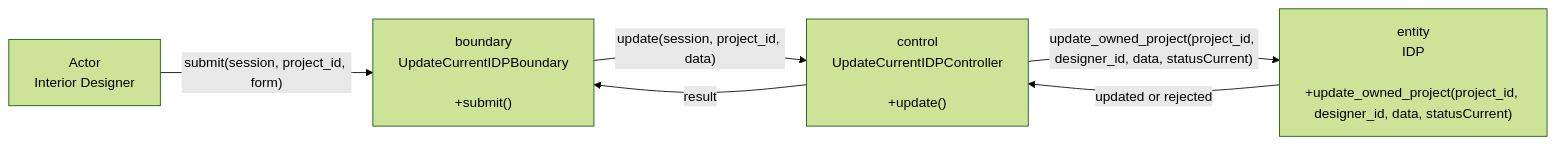
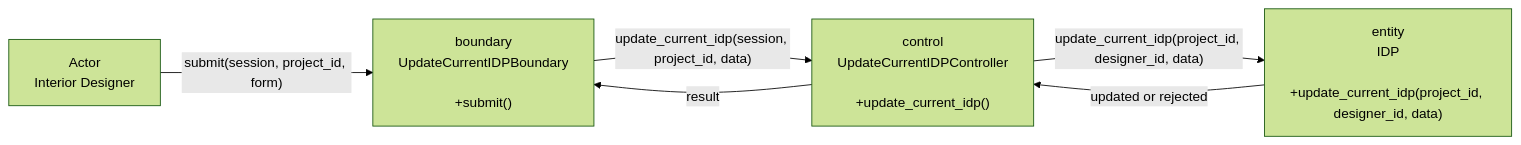
Before and after one commit to boyinapuddle/CSIT314-Chinese: the first of 2 diagrams in diagrams/US22_Update_Current_IDP/README.md, drawn with Mermaid (forest theme). The commit also changed other lines of this file and 140 other files, not shown here.

````diff
--- a/diagrams/US22_Update_Current_IDP/README.md
+++ b/diagrams/US22_Update_Current_IDP/README.md
@@ -5,12 +5,12 @@
 ```mermaid
 flowchart LR
     N0["Actor<br/>Interior Designer"]
     N1["boundary<br/>UpdateCurrentIDPBoundary<br/><br/>+submit()"]
-    N2["control<br/>UpdateCurrentIDPController<br/><br/>+update()"]
-    N3["entity<br/>IDP<br/><br/>+update_owned_project(project_id, designer_id, data, statusCurrent)"]
+    N2["control<br/>UpdateCurrentIDPController<br/><br/>+update_current_idp()"]
+    N3["entity<br/>IDP<br/><br/>+update_current_idp(project_id, designer_id, data)"]
     N0 -->|"submit(session, project_id, form)"| N1
-    N1 -->|"update(session, project_id, data)"| N2
-    N2 -->|"update_owned_project(project_id, designer_id, data, statusCurrent)"| N3
+    N1 -->|"update_current_idp(session, project_id, data)"| N2
+    N2 -->|"update_current_idp(project_id, designer_id, data)"| N3
     N3 -->|"updated or rejected"| N2
     N2 -->|"result"| N1
 ```
````
